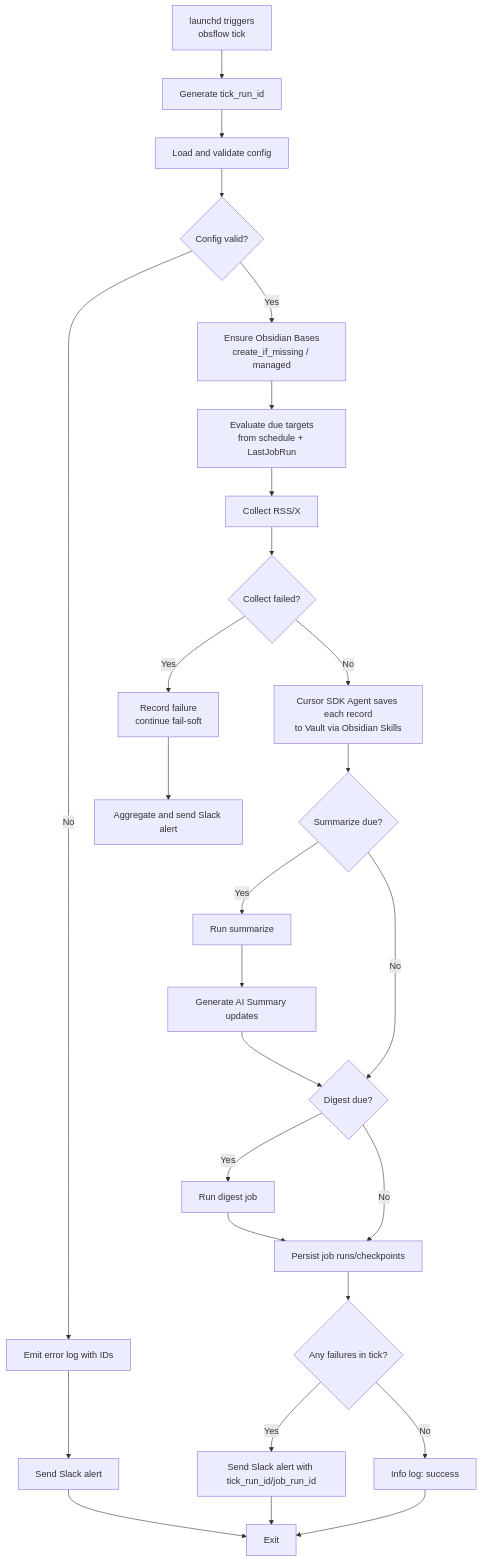
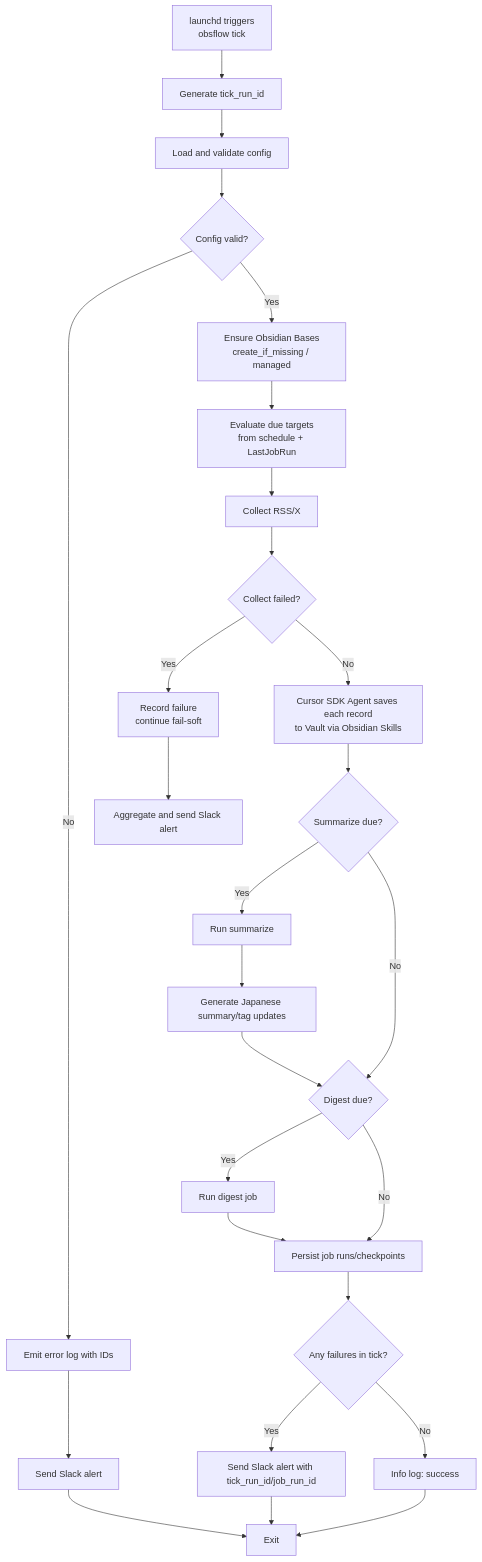
One commit to ken5scal/.allstar changed the diagram in docs/DETAILED_DESIGN.md. Above: the diagram before and after it, drawn with Mermaid. The commit also changed other lines of this file and 23 other files, not shown here.

````diff
--- a/docs/DETAILED_DESIGN.md
+++ b/docs/DETAILED_DESIGN.md
@@ -279,33 +279,33 @@
 ```mermaid
 flowchart TD
     A[launchd triggers<br/>obsflow tick] --> B[Generate tick_run_id]
     B --> C[Load and validate config]
     C --> D{Config valid?}
     D -- No --> E[Emit error log with IDs]
     E --> F[Send Slack alert]
     F --> Z[Exit]
     D -- Yes --> B0[Ensure Obsidian Bases<br/>create_if_missing / managed]
     B0 --> G[Evaluate due targets<br/>from schedule + LastJobRun]
 
     G --> H[Collect RSS/X]
     H --> I{Collect failed?}
     I -- Yes --> J[Record failure<br/>continue fail-soft]
     J --> K[Aggregate and send Slack alert]
     I -- No --> L[Cursor SDK Agent saves each record<br/>to Vault via Obsidian Skills]
 
     L --> M{Summarize due?}
     M -- Yes --> N[Run summarize]
-    N --> O[Generate AI Summary updates]
+    N --> O[Generate Japanese summary/tag updates]
     M -- No --> P{Digest due?}
     O --> P
 
     P -- Yes --> Q[Run digest job]
     P -- No --> R[Persist job runs/checkpoints]
     Q --> R
 
     R --> S{Any failures in tick?}
     S -- Yes --> T[Send Slack alert with tick_run_id/job_run_id]
     S -- No --> U[Info log: success]
     T --> Z
     U --> Z
 ```
````
